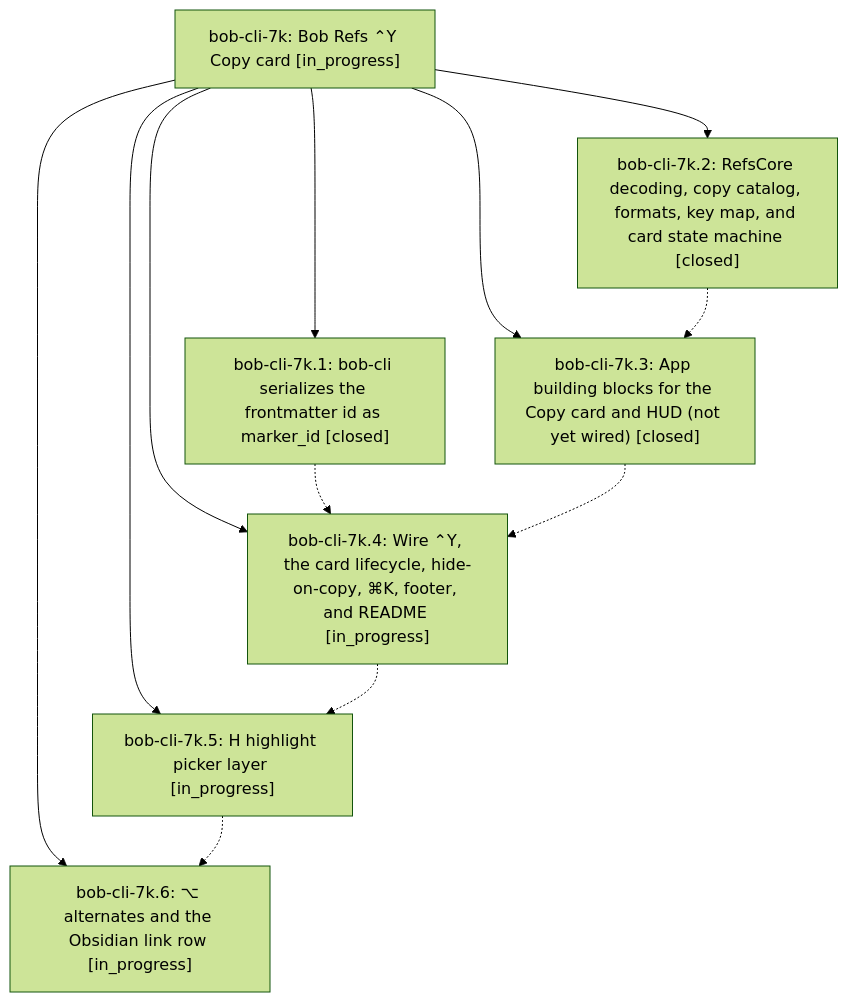
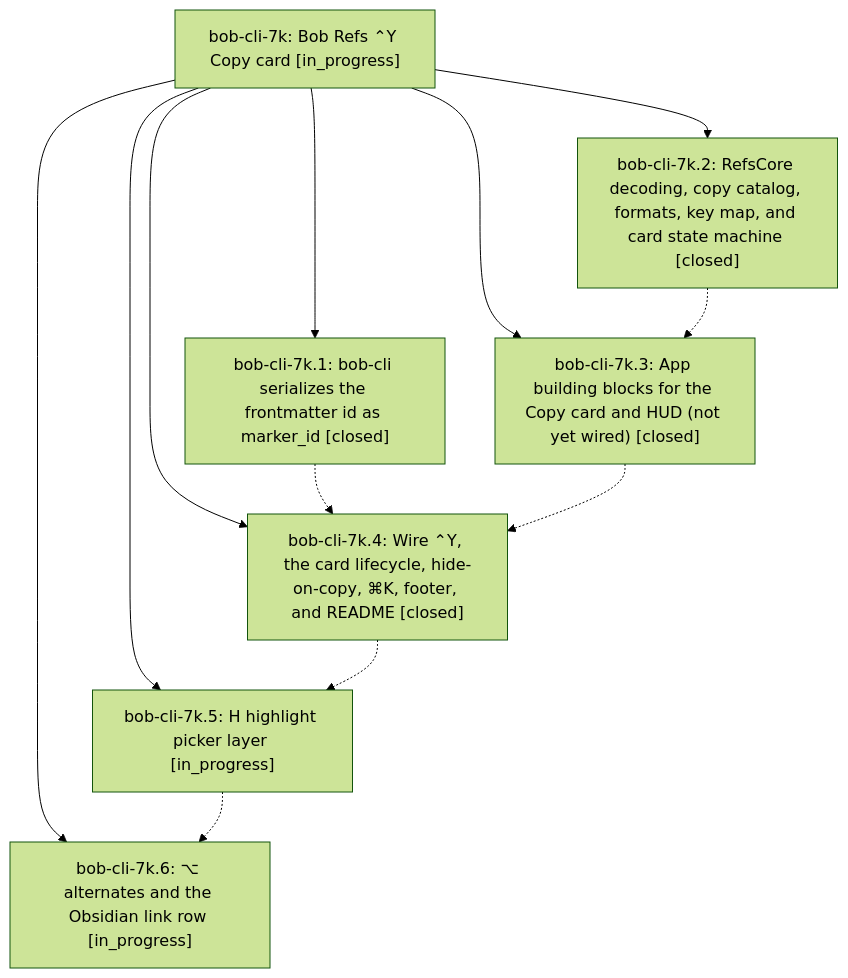
The diagram in pages/bob-cli-7k/README.md (bobs-org/bob-cli--beads), drawn with Mermaid (forest theme) before and after one commit. The commit also changed other lines of this file and 4 other files, not shown here.

First line of the commit message:
chore(beads): sync bead state and pages for bob-cli-7k

````diff
--- a/pages/bob-cli-7k/README.md
+++ b/pages/bob-cli-7k/README.md
@@ -39,21 +39,21 @@
 ```mermaid
 flowchart TD
     n0["bob-cli-7k: Bob Refs ⌃Y Copy card [in_progress]"]
     n1["bob-cli-7k.1: bob-cli serializes the frontmatter id as marker_id [closed]"]
     n2["bob-cli-7k.2: RefsCore decoding, copy catalog, formats, key map, and card state machine [closed]"]
     n3["bob-cli-7k.3: App building blocks for the Copy card and HUD (not yet wired) [closed]"]
-    n4["bob-cli-7k.4: Wire ⌃Y, the card lifecycle, hide-on-copy, ⌘K, footer, and README [in_progress]"]
+    n4["bob-cli-7k.4: Wire ⌃Y, the card lifecycle, hide-on-copy, ⌘K, footer, and README [closed]"]
     n5["bob-cli-7k.5: H highlight picker layer [in_progress]"]
     n6["bob-cli-7k.6: ⌥ alternates and the Obsidian link row [in_progress]"]
     n0 --> n1
     n0 --> n2
     n0 --> n3
     n0 --> n4
     n0 --> n5
     n0 --> n6
     n1 -.-> n4
     n2 -.-> n3
     n3 -.-> n4
     n4 -.-> n5
     n5 -.-> n6
 ```
````
